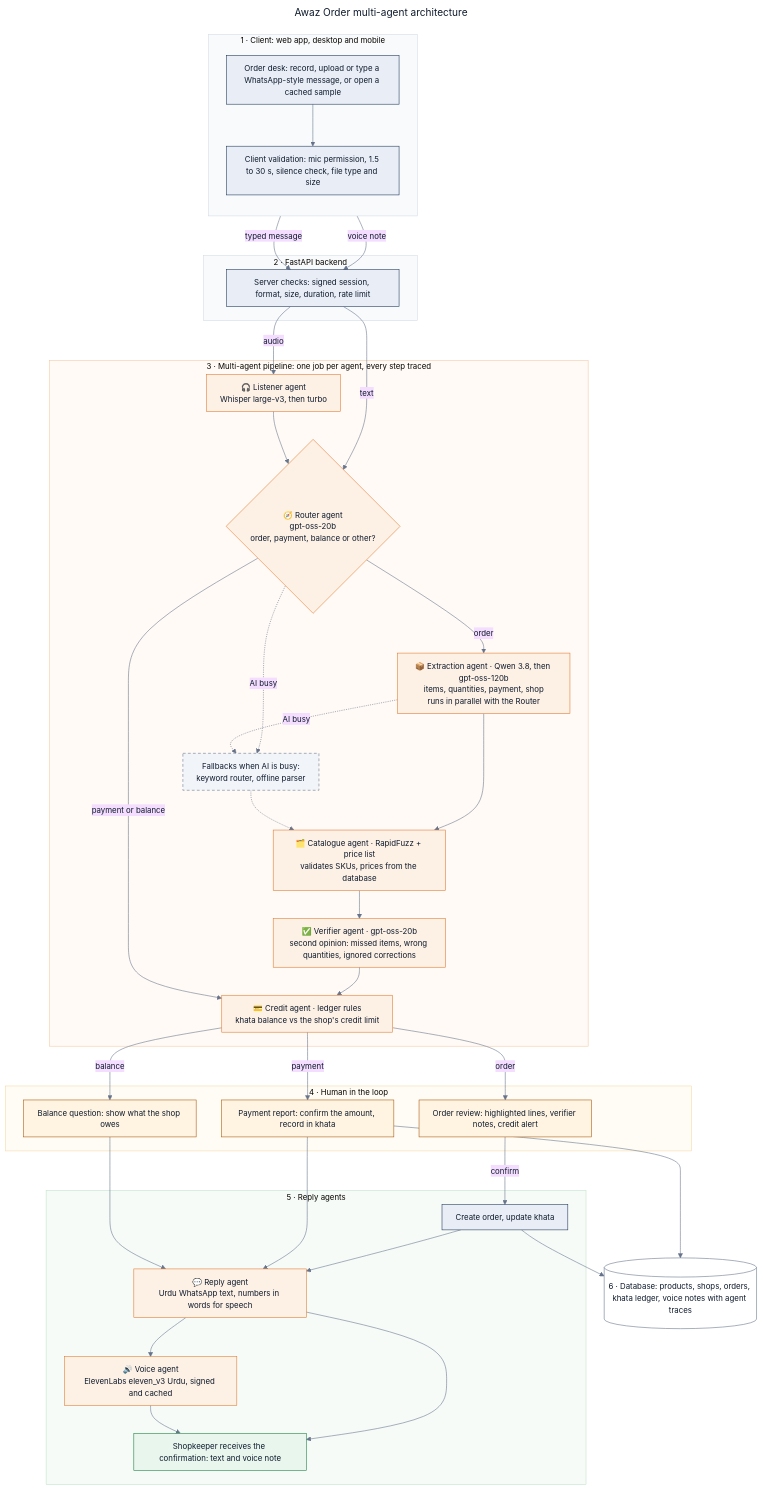
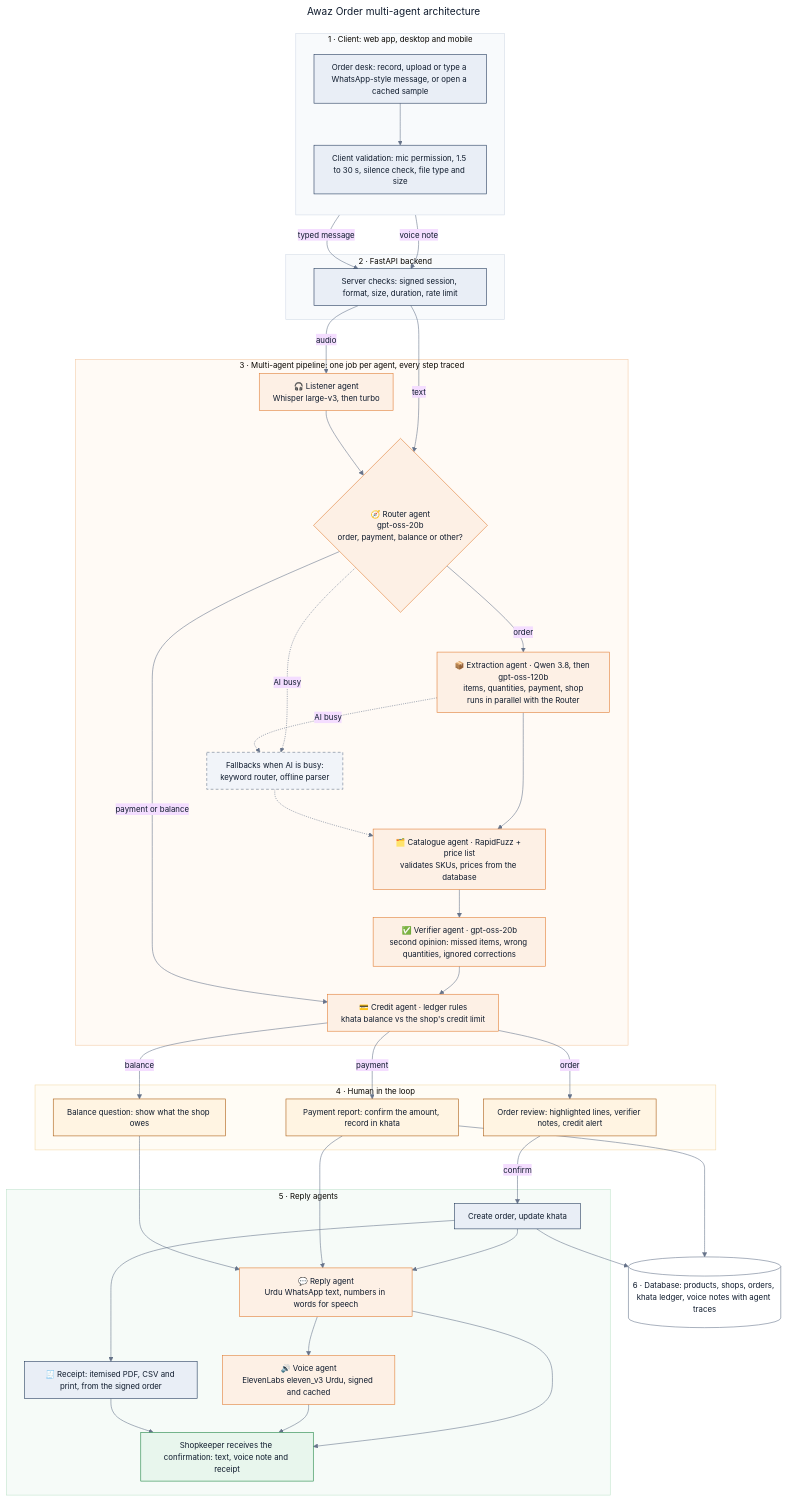
Before and after one commit to hammadshabbir10/AwazOrder: the diagram in docs/architecture.mmd, drawn with Mermaid. The commit also changed 8 other files, not shown here.

Commit message:
Order receipts: on-screen itemised receipt with PDF, CSV and print export; receipts in the Orders tab

```diff
--- a/docs/architecture.mmd
+++ b/docs/architecture.mmd
@@ -1,102 +1,105 @@
 ---
 title: Awaz Order multi-agent architecture
 config:
   look: classic
   layout: dagre
   theme: base
   themeVariables:
     fontFamily: "Inter, Segoe UI, Arial, sans-serif"
     fontSize: "14px"
     lineColor: "#66738a"
     primaryTextColor: "#0f1b2d"
   flowchart:
     curve: basis
     htmlLabels: true
     wrappingWidth: 260
     nodeSpacing: 45
     rankSpacing: 50
     padding: 12
 ---
 flowchart TD
     subgraph CLIENT["1 · Client: web app, desktop and mobile"]
         direction TB
         UI["Order desk: record, upload or type a WhatsApp-style message, or open a cached sample"]
         VAL["Client validation: mic permission, 1.5 to 30 s, silence check, file type and size"]
     end
 
     subgraph API["2 · FastAPI backend"]
         GUARD["Server checks: signed session, format, size, duration, rate limit"]
     end
 
     subgraph AGENTS["3 · Multi-agent pipeline: one job per agent, every step traced"]
         L["🎧 Listener agent<br/>Whisper large-v3, then turbo"]
         R{"🧭 Router agent<br/>gpt-oss-20b<br/>order, payment, balance or other?"}
         E["📦 Extraction agent · Qwen 3.8, then gpt-oss-120b<br/>items, quantities, payment, shop<br/>runs in parallel with the Router"]
         C["🗂️ Catalogue agent · RapidFuzz + price list<br/>validates SKUs, prices from the database"]
         V["✅ Verifier agent · gpt-oss-20b<br/>second opinion: missed items, wrong quantities, ignored corrections"]
         K["💳 Credit agent · ledger rules<br/>khata balance vs the shop's credit limit"]
         FB["Fallbacks when AI is busy:<br/>keyword router, offline parser"]
     end
 
     subgraph HUMAN["4 · Human in the loop"]
         REVIEW["Order review: highlighted lines, verifier notes, credit alert"]
         PAY["Payment report: confirm the amount, record in khata"]
         BAL["Balance question: show what the shop owes"]
     end
 
     subgraph OUT["5 · Reply agents"]
         ORDER["Create order, update khata"]
         REPLY["💬 Reply agent<br/>Urdu WhatsApp text, numbers in words for speech"]
         VOICE["🔊 Voice agent<br/>ElevenLabs eleven_v3 Urdu, signed and cached"]
-        SHOP["Shopkeeper receives the confirmation: text and voice note"]
+        RECEIPT["🧾 Receipt: itemised PDF, CSV and print, from the signed order"]
+        SHOP["Shopkeeper receives the confirmation: text, voice note and receipt"]
     end
 
     DB[("6 · Database: products, shops, orders, khata ledger, voice notes with agent traces")]
 
     UI --> VAL
     VAL -->|voice note| GUARD
     UI -->|typed message| GUARD
     GUARD -->|audio| L
     GUARD -->|text| R
     L --> R
     R -->|order| E
     E --> C
     C --> V
     V --> K
     R -->|payment or balance| K
     R -.->|AI busy| FB
     E -.->|AI busy| FB
     FB -.-> C
 
     K -->|order| REVIEW
     K -->|payment| PAY
     K -->|balance| BAL
     REVIEW -->|confirm| ORDER
     ORDER --> REPLY
     PAY --> REPLY
     BAL --> REPLY
     REPLY --> VOICE
     REPLY --> SHOP
     VOICE --> SHOP
+    ORDER --> RECEIPT
+    RECEIPT --> SHOP
     ORDER --> DB
     PAY --> DB
 
     classDef core fill:#e9eef6,stroke:#1d3557,color:#0f1b2d
     classDef agent fill:#fdf0e5,stroke:#e07a2f,color:#0f1b2d
     classDef fallback fill:#f1f4f9,stroke:#66738a,stroke-dasharray:5 4,color:#0f1b2d
     classDef human fill:#fff4e2,stroke:#a8570a,color:#0f1b2d
     classDef done fill:#e8f6ed,stroke:#17803d,color:#0f1b2d
     classDef store fill:#ffffff,stroke:#66738a,color:#0f1b2d
 
-    class UI,VAL,GUARD,ORDER core
+    class UI,VAL,GUARD,ORDER,RECEIPT core
     class L,R,E,C,V,K,REPLY,VOICE agent
     class FB fallback
     class REVIEW,PAY,BAL human
     class SHOP done
     class DB store
 
     style CLIENT fill:#f8fafc,stroke:#d3dbe7
     style API fill:#f8fafc,stroke:#d3dbe7
     style AGENTS fill:#fffaf5,stroke:#f2c9a4
     style HUMAN fill:#fffcf5,stroke:#f3d9a8
     style OUT fill:#f6fbf8,stroke:#bfe3cb
```
